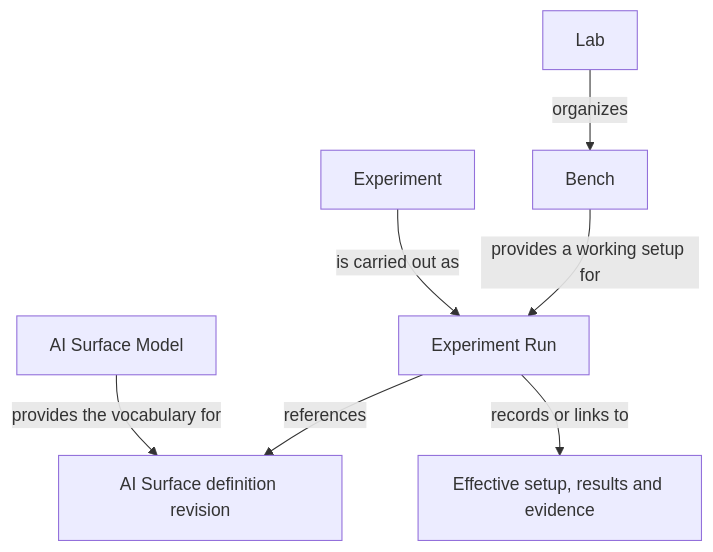
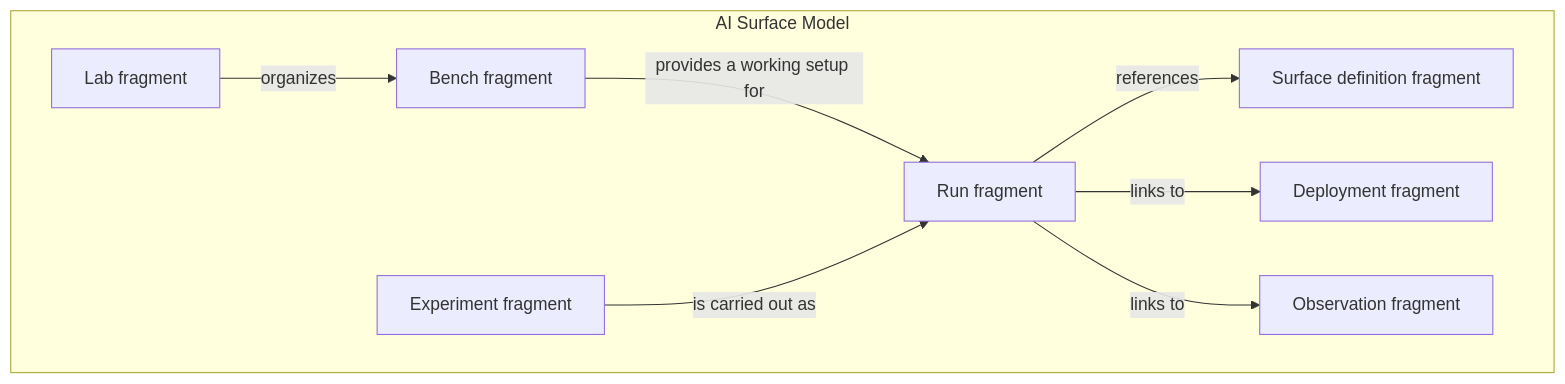
One commit to injectionator/ai-surface-model changed the diagram in models/README.md. Above: the diagram before and after it, drawn with Mermaid. The commit also changed other lines of this file and 7 other files, not shown here.

Commit message:
docs: clarify one AI Surface Model with connected fragments

````diff
--- a/models/README.md
+++ b/models/README.md
@@ -29,9 +36,11 @@
 ```mermaid
 flowchart TD
-  Lab -->|organizes| Bench
-  Bench -->|provides a working setup for| Run[Experiment Run]
-  Experiment -->|is carried out as| Run
-  Run -->|references| Definition[AI Surface definition revision]
-  Model[AI Surface Model] -->|provides the vocabulary for| Definition
-  Run -->|records or links to| Evidence[Effective setup, results and evidence]
+  subgraph Model[AI Surface Model]
+    Lab[Lab fragment] -->|organizes| Bench[Bench fragment]
+    Bench -->|provides a working setup for| Run[Run fragment]
+    Experiment[Experiment fragment] -->|is carried out as| Run
+    Run -->|references| Definition[Surface definition fragment]
+    Run -->|links to| Deployment[Deployment fragment]
+    Run -->|links to| Observation[Observation fragment]
+  end
 ```
````
